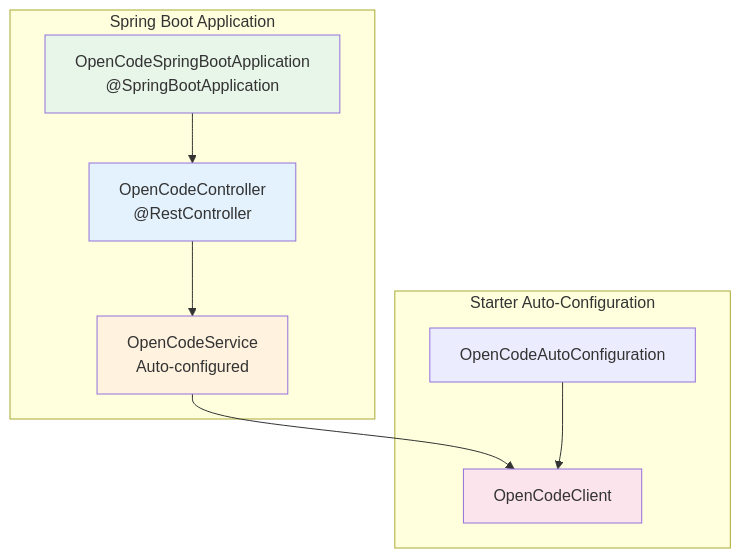
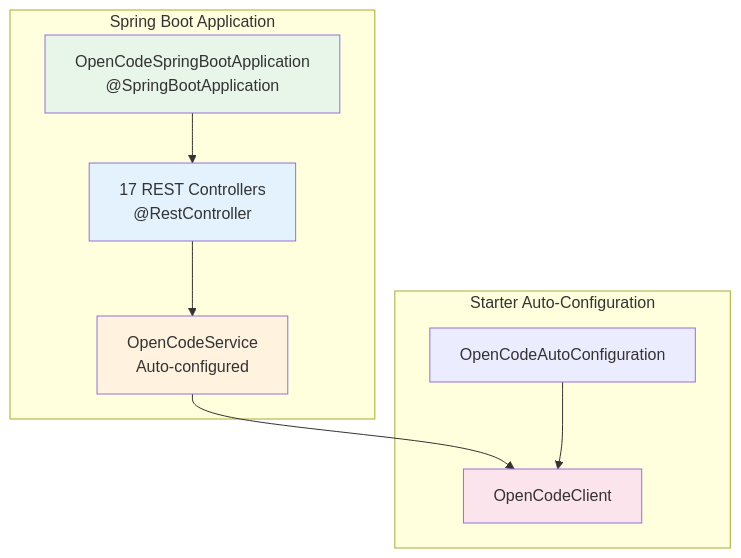
The diagram in examples/spring-boot/AGENTS.md (alexheadliner/opencode-java-sdk), drawn with Mermaid before and after one commit. The commit also changed other lines of this file and 42 other files, not shown here.

````diff
--- a/examples/spring-boot/AGENTS.md
+++ b/examples/spring-boot/AGENTS.md
@@ -15,23 +15,23 @@
 ```mermaid
 flowchart TB
     subgraph "Spring Boot Application"
         APP["OpenCodeSpringBootApplication<br/>@SpringBootApplication"]
-        CTRL["OpenCodeController<br/>@RestController"]
+        CTRL["17 REST Controllers<br/>@RestController"]
         SERVICE["OpenCodeService<br/>Auto-configured"]
     end
 
     subgraph "Starter Auto-Configuration"
         AUTO["OpenCodeAutoConfiguration"]
         CLIENT["OpenCodeClient"]
     end
 
     APP --> CTRL
     CTRL --> SERVICE
     SERVICE --> CLIENT
     AUTO --> CLIENT
 
     style APP fill:#e8f5e9
     style CTRL fill:#e3f2fd
     style SERVICE fill:#fff3e0
     style CLIENT fill:#fce4ec
 ```
````
